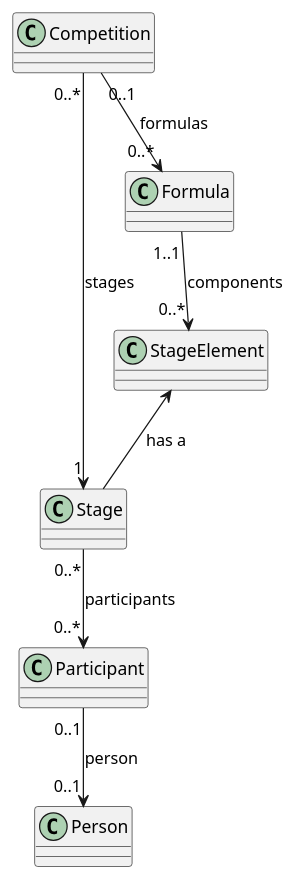
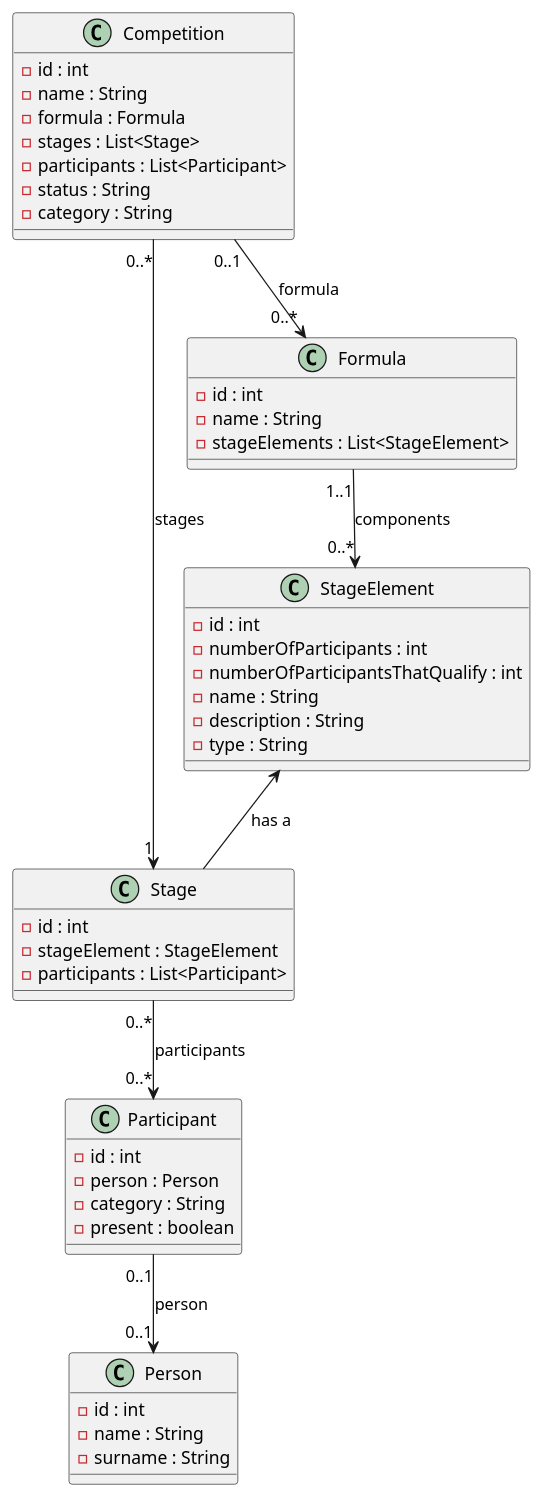
One commit to OnHenriGolera/Astro changed the first of 2 diagrams in doc/database.md. Above: the diagram before and after it, drawn with PlantUML. The commit also changed other lines of this file and 5 other files, not shown here.

````diff
--- a/doc/database.md
+++ b/doc/database.md
@@ -103,19 +104,56 @@
 ```plantuml
 @startuml
 
-class StageElement
-class Stage
-class Participant
-class Formula
-class Competition
-class Person
+class StageElement {
+	- id : int
+    - numberOfParticipants : int
+    - numberOfParticipantsThatQualify : int
+	- name : String
+	- description : String
+	- type : String
+}
+
+class Stage {
+	- id : int
+	- stageElement : StageElement
+	- participants : List<Participant>
+}
+
+class Person {
+	- id : int
+	- name : String
+	- surname : String
+}
+
+class Participant {
+	- id : int
+	- person : Person
+	- category : String
+	- present : boolean
+}
+
+class Formula {
+	- id : int
+	- name : String
+	- stageElements : List<StageElement>
+}
+
+class Competition {
+	- id : int
+	- name : String
+	- formula : Formula
+	- stages : List<Stage>
+	- participants : List<Participant>
+	- status : String
+	- category : String
+}
 
 StageElement <-- Stage : has a
 Stage "0..*" --> "0..*" Participant : participants
 Competition "0..*" --> "1" Stage : stages
-Competition "0..1" --> "0..*" Formula : formulas
+Competition "0..1" --> "0..*" Formula : formula
 Formula "1..1" --> "0..*" StageElement : components
 Participant "0..1" --> "0..1" Person : person
 
 @enduml
 ```
````
